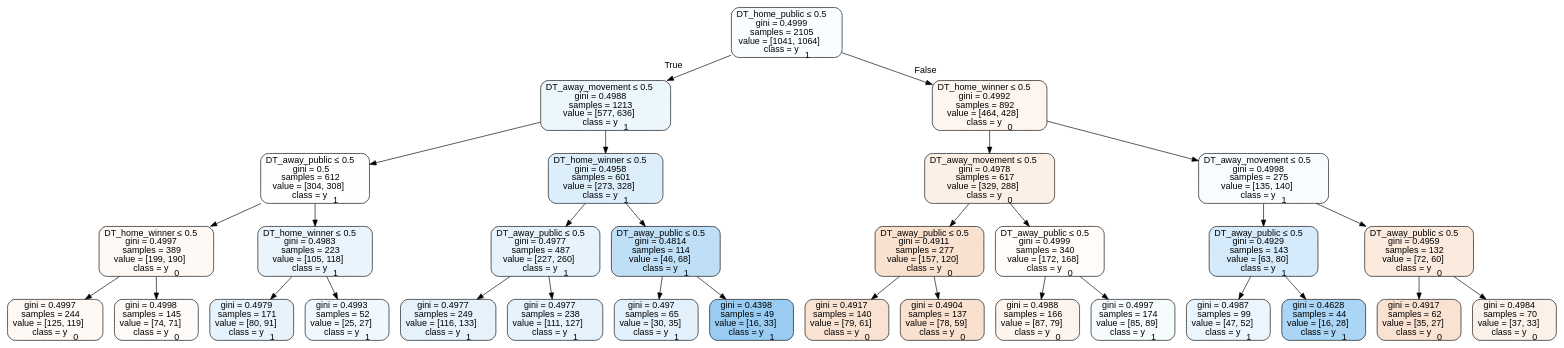
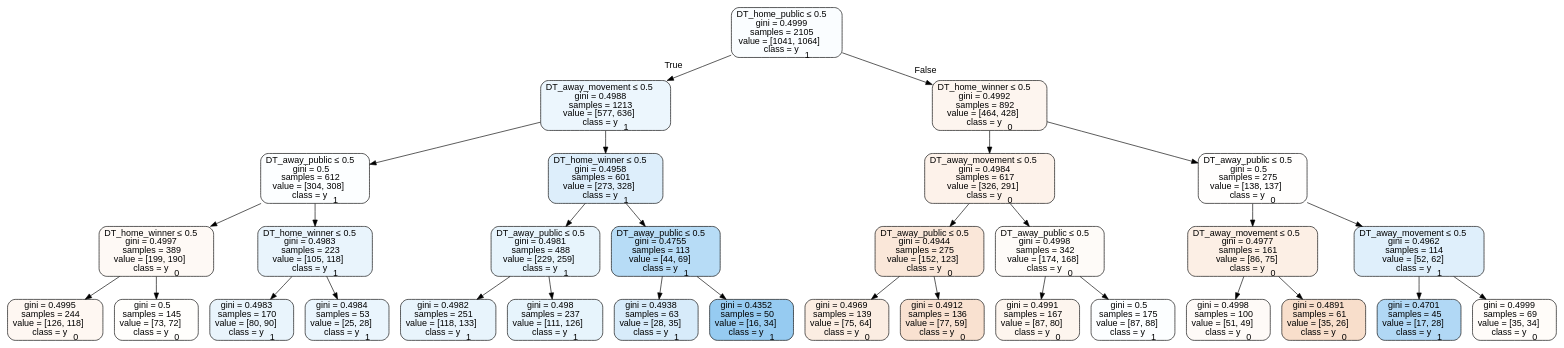
Before and after one commit to usbogie/ncaa-bets: the diagram in tree_data/tree2017neutral.dot, drawn with Graphviz. The commit also changed 32 other files, not shown here.

```diff
--- a/tree_data/tree2017neutral.dot
+++ b/tree_data/tree2017neutral.dot
@@ -1,65 +1,65 @@
 digraph Tree {
 node [shape=box, style="filled, rounded", color="black", fontname=helvetica] ;
 edge [fontname=helvetica] ;
 0 [label=<DT_home_public &le; 0.5<br/>gini = 0.4999<br/>samples = 2105<br/>value = [1041, 1064]<br/>class = y<SUB>1</SUB>>, fillcolor="#399de506"] ;
 1 [label=<DT_away_movement &le; 0.5<br/>gini = 0.4988<br/>samples = 1213<br/>value = [577, 636]<br/>class = y<SUB>1</SUB>>, fillcolor="#399de518"] ;
 0 -> 1 [labeldistance=2.5, labelangle=45, headlabel="True"] ;
 2 [label=<DT_away_public &le; 0.5<br/>gini = 0.5<br/>samples = 612<br/>value = [304, 308]<br/>class = y<SUB>1</SUB>>, fillcolor="#399de503"] ;
 1 -> 2 ;
 3 [label=<DT_home_winner &le; 0.5<br/>gini = 0.4997<br/>samples = 389<br/>value = [199, 190]<br/>class = y<SUB>0</SUB>>, fillcolor="#e581390c"] ;
 2 -> 3 ;
-4 [label=<gini = 0.4997<br/>samples = 244<br/>value = [125, 119]<br/>class = y<SUB>0</SUB>>, fillcolor="#e581390c"] ;
+4 [label=<gini = 0.4995<br/>samples = 244<br/>value = [126, 118]<br/>class = y<SUB>0</SUB>>, fillcolor="#e5813910"] ;
 3 -> 4 ;
-5 [label=<gini = 0.4998<br/>samples = 145<br/>value = [74, 71]<br/>class = y<SUB>0</SUB>>, fillcolor="#e581390a"] ;
+5 [label=<gini = 0.5<br/>samples = 145<br/>value = [73, 72]<br/>class = y<SUB>0</SUB>>, fillcolor="#e5813903"] ;
 3 -> 5 ;
 6 [label=<DT_home_winner &le; 0.5<br/>gini = 0.4983<br/>samples = 223<br/>value = [105, 118]<br/>class = y<SUB>1</SUB>>, fillcolor="#399de51c"] ;
 2 -> 6 ;
-7 [label=<gini = 0.4979<br/>samples = 171<br/>value = [80, 91]<br/>class = y<SUB>1</SUB>>, fillcolor="#399de51f"] ;
+7 [label=<gini = 0.4983<br/>samples = 170<br/>value = [80, 90]<br/>class = y<SUB>1</SUB>>, fillcolor="#399de51c"] ;
 6 -> 7 ;
-8 [label=<gini = 0.4993<br/>samples = 52<br/>value = [25, 27]<br/>class = y<SUB>1</SUB>>, fillcolor="#399de513"] ;
+8 [label=<gini = 0.4984<br/>samples = 53<br/>value = [25, 28]<br/>class = y<SUB>1</SUB>>, fillcolor="#399de51b"] ;
 6 -> 8 ;
 9 [label=<DT_home_winner &le; 0.5<br/>gini = 0.4958<br/>samples = 601<br/>value = [273, 328]<br/>class = y<SUB>1</SUB>>, fillcolor="#399de52b"] ;
 1 -> 9 ;
-10 [label=<DT_away_public &le; 0.5<br/>gini = 0.4977<br/>samples = 487<br/>value = [227, 260]<br/>class = y<SUB>1</SUB>>, fillcolor="#399de520"] ;
+10 [label=<DT_away_public &le; 0.5<br/>gini = 0.4981<br/>samples = 488<br/>value = [229, 259]<br/>class = y<SUB>1</SUB>>, fillcolor="#399de51e"] ;
 9 -> 10 ;
-11 [label=<gini = 0.4977<br/>samples = 249<br/>value = [116, 133]<br/>class = y<SUB>1</SUB>>, fillcolor="#399de521"] ;
+11 [label=<gini = 0.4982<br/>samples = 251<br/>value = [118, 133]<br/>class = y<SUB>1</SUB>>, fillcolor="#399de51d"] ;
 10 -> 11 ;
-12 [label=<gini = 0.4977<br/>samples = 238<br/>value = [111, 127]<br/>class = y<SUB>1</SUB>>, fillcolor="#399de520"] ;
+12 [label=<gini = 0.498<br/>samples = 237<br/>value = [111, 126]<br/>class = y<SUB>1</SUB>>, fillcolor="#399de51e"] ;
 10 -> 12 ;
-13 [label=<DT_away_public &le; 0.5<br/>gini = 0.4814<br/>samples = 114<br/>value = [46, 68]<br/>class = y<SUB>1</SUB>>, fillcolor="#399de552"] ;
+13 [label=<DT_away_public &le; 0.5<br/>gini = 0.4755<br/>samples = 113<br/>value = [44, 69]<br/>class = y<SUB>1</SUB>>, fillcolor="#399de55c"] ;
 9 -> 13 ;
-14 [label=<gini = 0.497<br/>samples = 65<br/>value = [30, 35]<br/>class = y<SUB>1</SUB>>, fillcolor="#399de524"] ;
+14 [label=<gini = 0.4938<br/>samples = 63<br/>value = [28, 35]<br/>class = y<SUB>1</SUB>>, fillcolor="#399de533"] ;
 13 -> 14 ;
-15 [label=<gini = 0.4398<br/>samples = 49<br/>value = [16, 33]<br/>class = y<SUB>1</SUB>>, fillcolor="#399de583"] ;
+15 [label=<gini = 0.4352<br/>samples = 50<br/>value = [16, 34]<br/>class = y<SUB>1</SUB>>, fillcolor="#399de587"] ;
 13 -> 15 ;
 16 [label=<DT_home_winner &le; 0.5<br/>gini = 0.4992<br/>samples = 892<br/>value = [464, 428]<br/>class = y<SUB>0</SUB>>, fillcolor="#e5813914"] ;
 0 -> 16 [labeldistance=2.5, labelangle=-45, headlabel="False"] ;
-17 [label=<DT_away_movement &le; 0.5<br/>gini = 0.4978<br/>samples = 617<br/>value = [329, 288]<br/>class = y<SUB>0</SUB>>, fillcolor="#e5813920"] ;
+17 [label=<DT_away_movement &le; 0.5<br/>gini = 0.4984<br/>samples = 617<br/>value = [326, 291]<br/>class = y<SUB>0</SUB>>, fillcolor="#e581391b"] ;
 16 -> 17 ;
-18 [label=<DT_away_public &le; 0.5<br/>gini = 0.4911<br/>samples = 277<br/>value = [157, 120]<br/>class = y<SUB>0</SUB>>, fillcolor="#e581393c"] ;
+18 [label=<DT_away_public &le; 0.5<br/>gini = 0.4944<br/>samples = 275<br/>value = [152, 123]<br/>class = y<SUB>0</SUB>>, fillcolor="#e5813931"] ;
 17 -> 18 ;
-19 [label=<gini = 0.4917<br/>samples = 140<br/>value = [79, 61]<br/>class = y<SUB>0</SUB>>, fillcolor="#e581393a"] ;
+19 [label=<gini = 0.4969<br/>samples = 139<br/>value = [75, 64]<br/>class = y<SUB>0</SUB>>, fillcolor="#e5813925"] ;
 18 -> 19 ;
-20 [label=<gini = 0.4904<br/>samples = 137<br/>value = [78, 59]<br/>class = y<SUB>0</SUB>>, fillcolor="#e581393e"] ;
+20 [label=<gini = 0.4912<br/>samples = 136<br/>value = [77, 59]<br/>class = y<SUB>0</SUB>>, fillcolor="#e581393c"] ;
 18 -> 20 ;
-21 [label=<DT_away_public &le; 0.5<br/>gini = 0.4999<br/>samples = 340<br/>value = [172, 168]<br/>class = y<SUB>0</SUB>>, fillcolor="#e5813906"] ;
+21 [label=<DT_away_public &le; 0.5<br/>gini = 0.4998<br/>samples = 342<br/>value = [174, 168]<br/>class = y<SUB>0</SUB>>, fillcolor="#e5813909"] ;
 17 -> 21 ;
-22 [label=<gini = 0.4988<br/>samples = 166<br/>value = [87, 79]<br/>class = y<SUB>0</SUB>>, fillcolor="#e5813917"] ;
+22 [label=<gini = 0.4991<br/>samples = 167<br/>value = [87, 80]<br/>class = y<SUB>0</SUB>>, fillcolor="#e5813915"] ;
 21 -> 22 ;
-23 [label=<gini = 0.4997<br/>samples = 174<br/>value = [85, 89]<br/>class = y<SUB>1</SUB>>, fillcolor="#399de50b"] ;
+23 [label=<gini = 0.5<br/>samples = 175<br/>value = [87, 88]<br/>class = y<SUB>1</SUB>>, fillcolor="#399de503"] ;
 21 -> 23 ;
-24 [label=<DT_away_movement &le; 0.5<br/>gini = 0.4998<br/>samples = 275<br/>value = [135, 140]<br/>class = y<SUB>1</SUB>>, fillcolor="#399de509"] ;
+24 [label=<DT_away_public &le; 0.5<br/>gini = 0.5<br/>samples = 275<br/>value = [138, 137]<br/>class = y<SUB>0</SUB>>, fillcolor="#e5813902"] ;
 16 -> 24 ;
-25 [label=<DT_away_public &le; 0.5<br/>gini = 0.4929<br/>samples = 143<br/>value = [63, 80]<br/>class = y<SUB>1</SUB>>, fillcolor="#399de536"] ;
+25 [label=<DT_away_movement &le; 0.5<br/>gini = 0.4977<br/>samples = 161<br/>value = [86, 75]<br/>class = y<SUB>0</SUB>>, fillcolor="#e5813921"] ;
 24 -> 25 ;
-26 [label=<gini = 0.4987<br/>samples = 99<br/>value = [47, 52]<br/>class = y<SUB>1</SUB>>, fillcolor="#399de519"] ;
+26 [label=<gini = 0.4998<br/>samples = 100<br/>value = [51, 49]<br/>class = y<SUB>0</SUB>>, fillcolor="#e581390a"] ;
 25 -> 26 ;
-27 [label=<gini = 0.4628<br/>samples = 44<br/>value = [16, 28]<br/>class = y<SUB>1</SUB>>, fillcolor="#399de56d"] ;
+27 [label=<gini = 0.4891<br/>samples = 61<br/>value = [35, 26]<br/>class = y<SUB>0</SUB>>, fillcolor="#e5813942"] ;
 25 -> 27 ;
-28 [label=<DT_away_public &le; 0.5<br/>gini = 0.4959<br/>samples = 132<br/>value = [72, 60]<br/>class = y<SUB>0</SUB>>, fillcolor="#e581392a"] ;
+28 [label=<DT_away_movement &le; 0.5<br/>gini = 0.4962<br/>samples = 114<br/>value = [52, 62]<br/>class = y<SUB>1</SUB>>, fillcolor="#399de529"] ;
 24 -> 28 ;
-29 [label=<gini = 0.4917<br/>samples = 62<br/>value = [35, 27]<br/>class = y<SUB>0</SUB>>, fillcolor="#e581393a"] ;
+29 [label=<gini = 0.4701<br/>samples = 45<br/>value = [17, 28]<br/>class = y<SUB>1</SUB>>, fillcolor="#399de564"] ;
 28 -> 29 ;
-30 [label=<gini = 0.4984<br/>samples = 70<br/>value = [37, 33]<br/>class = y<SUB>0</SUB>>, fillcolor="#e581391c"] ;
+30 [label=<gini = 0.4999<br/>samples = 69<br/>value = [35, 34]<br/>class = y<SUB>0</SUB>>, fillcolor="#e5813907"] ;
 28 -> 30 ;
 }
```
